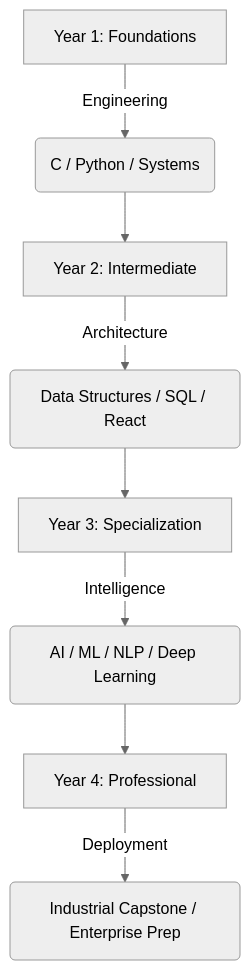
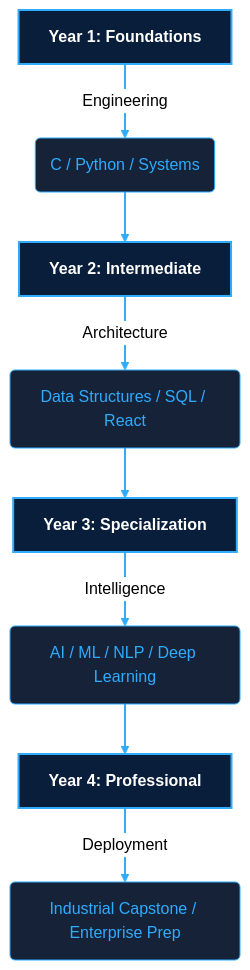
The diagram in README.md (auralumenor/auralumenor), drawn with Mermaid (neutral theme) before and after one commit. The commit also changed other lines of this file and 1 other file, not shown here.

````diff
--- a/README.md
+++ b/README.md
@@ -132,10 +160,22 @@
 ```mermaid
 graph TD
+    %% Node definitions
     A[Year 1: Foundations] -->|Engineering| B(C / Python / Systems)
     B --> C[Year 2: Intermediate]
     C -->|Architecture| D(Data Structures / SQL / React)
     D --> E[Year 3: Specialization]
     E -->|Intelligence| F(AI / ML / NLP / Deep Learning)
     F --> G[Year 4: Professional]
     G -->|Deployment| H(Industrial Capstone / Enterprise Prep)
+
+    %% Styling classes
+    classDef yearNode fill:#091E3A,stroke:#2FACFF,stroke-width:2px,color:#fff,font-weight:bold;
+    classDef techNode fill:#152238,stroke:#2FACFF,stroke-width:1px,color:#2FACFF;
+    
+    %% Apply styling
+    class A,C,E,G yearNode;
+    class B,D,F,H techNode;
+    
+    %% Link styling
+    linkStyle default stroke:#2FACFF,stroke-width:2px;
 ```
````
